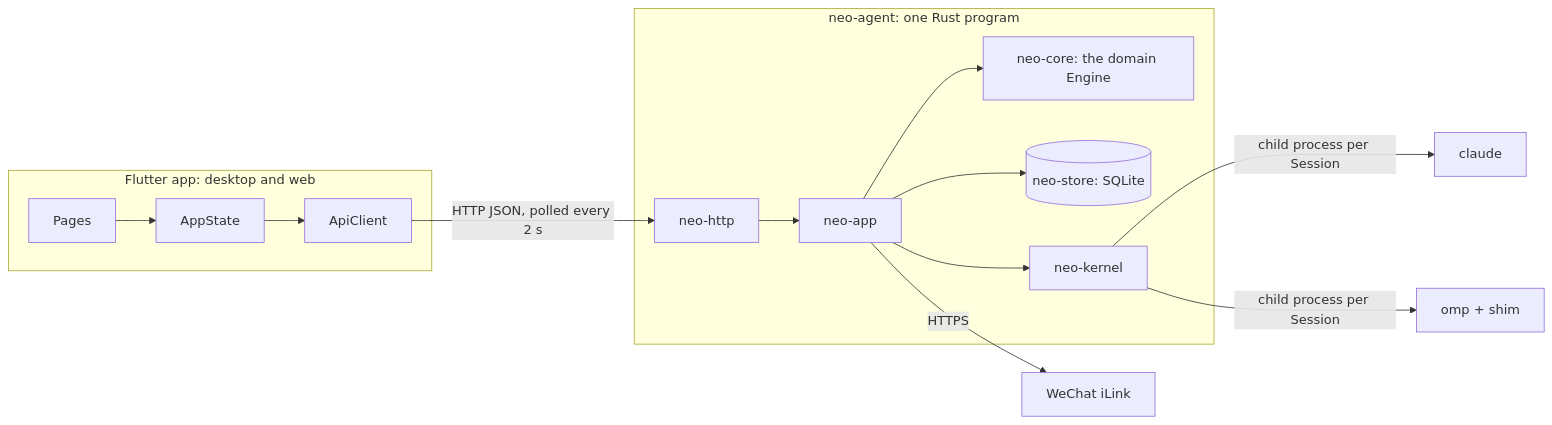
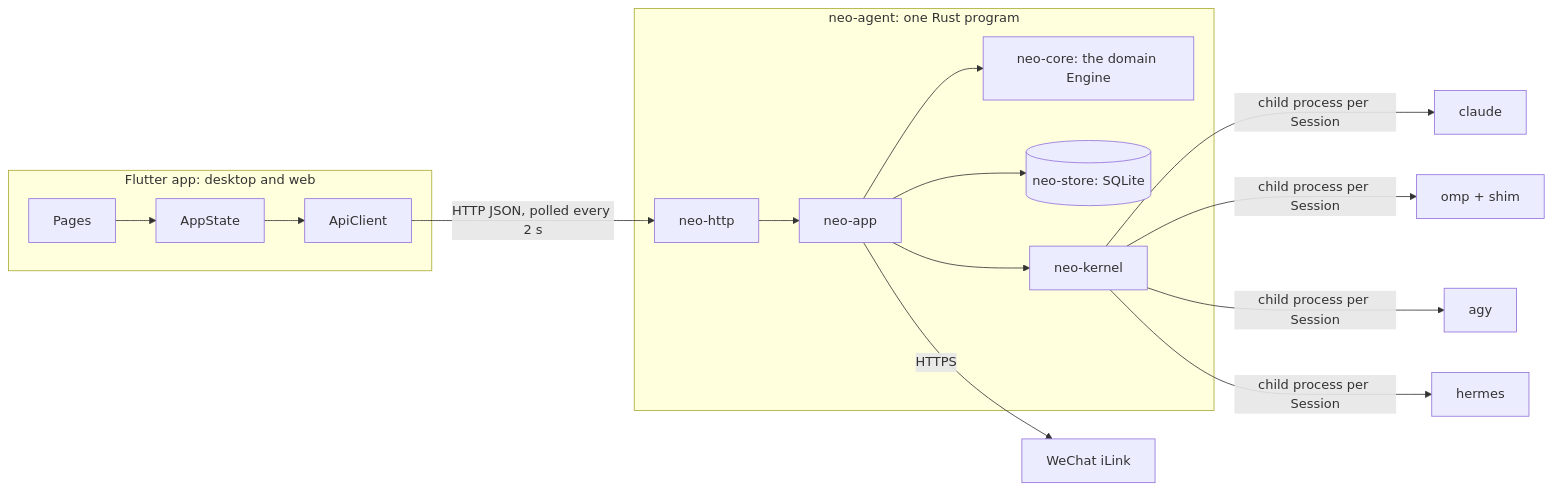
The diagram in docs/007-architecture.md (xbhuang1994/neo), drawn with Mermaid before and after one commit. The commit also changed other lines of this file and 30 other files, not shown here.

First line of the commit message:
Add Hermes Agent as a selectable execution kernel

````diff
--- a/docs/007-architecture.md
+++ b/docs/007-architecture.md
@@ -7,16 +7,18 @@
 ```mermaid
 flowchart LR
   subgraph app [Flutter app: desktop and web]
     UI[Pages] --> State[AppState] --> Client[ApiClient]
   end
   Client -->|HTTP JSON, polled every 2 s| HTTP[neo-http]
   subgraph backend [neo-agent: one Rust program]
     HTTP --> App[neo-app]
     App --> Core[neo-core: the domain Engine]
     App --> Store[(neo-store: SQLite)]
     App --> Kernel[neo-kernel]
   end
   Kernel -->|child process per Session| Claude[claude]
   Kernel -->|child process per Session| OMP[omp + shim]
+  Kernel -->|child process per Session| AGY[agy]
+  Kernel -->|child process per Session| Hermes[hermes]
   App -->|HTTPS| WeChat[WeChat iLink]
 ```
````
